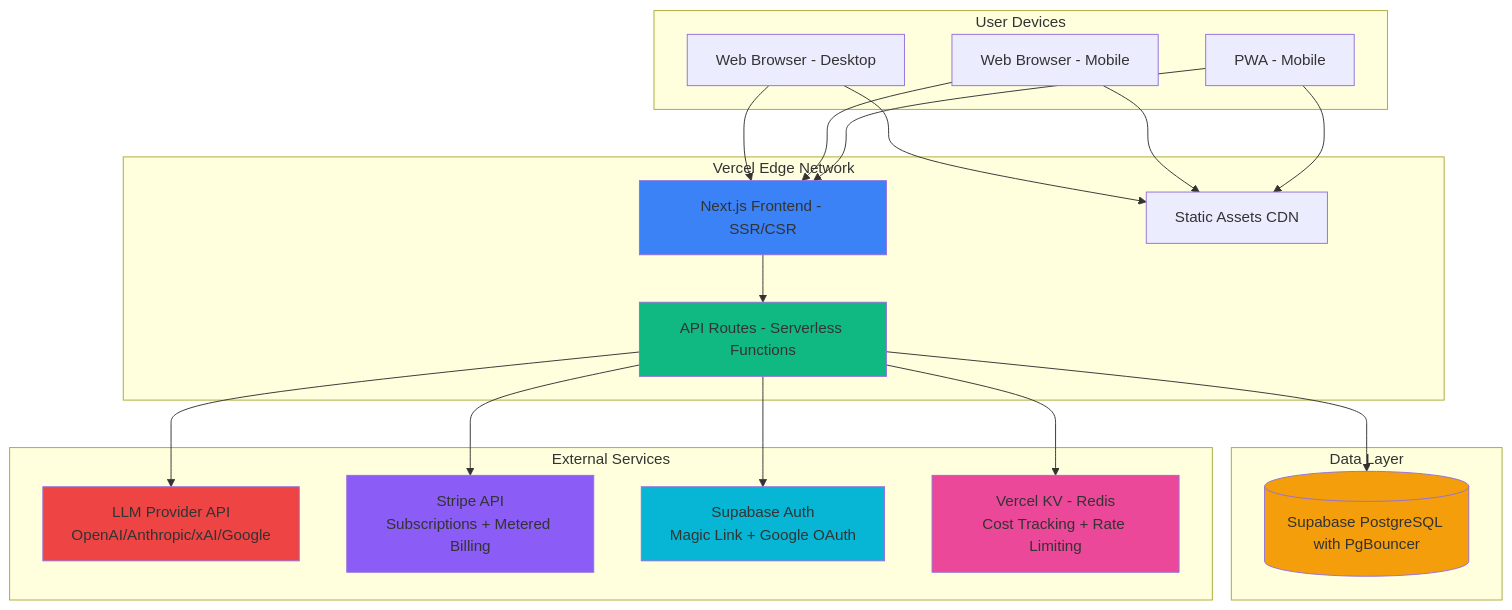
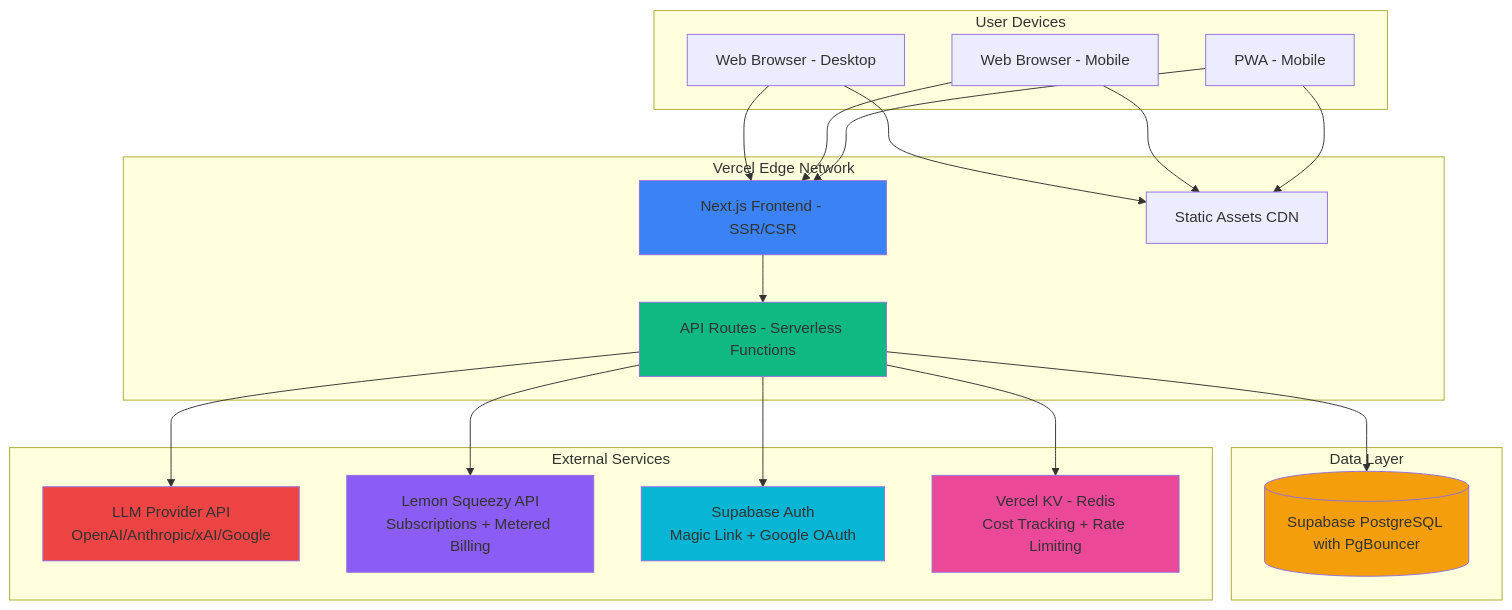
One commit to borisigal/towerofbabel changed the diagram in docs/architecture/2-high-level-architecture.md. Above: the diagram before and after it, drawn with Mermaid. The commit also changed other lines of this file and 24 other files, not shown here.

````diff
--- a/docs/architecture/2-high-level-architecture.md
+++ b/docs/architecture/2-high-level-architecture.md
@@ -100,47 +100,47 @@
 ```mermaid
 graph TB
     subgraph "User Devices"
         A[Web Browser - Desktop]
         B[Web Browser - Mobile]
         C[PWA - Mobile]
     end
 
     subgraph "Vercel Edge Network"
         D[Next.js Frontend - SSR/CSR]
         E[API Routes - Serverless Functions]
         F[Static Assets CDN]
     end
 
     subgraph "Data Layer"
         G[(Supabase PostgreSQL with PgBouncer)]
     end
 
     subgraph "External Services"
         H[LLM Provider API<br/>OpenAI/Anthropic/xAI/Google]
-        I[Stripe API<br/>Subscriptions + Metered Billing]
+        I[Lemon Squeezy API<br/>Subscriptions + Metered Billing]
         J[Supabase Auth<br/>Magic Link + Google OAuth]
         K[Vercel KV - Redis<br/>Cost Tracking + Rate Limiting]
     end
 
     A --> F
     B --> F
     C --> F
     A --> D
     B --> D
     C --> D
 
     D --> E
     E --> G
     E --> H
     E --> I
     E --> J
     E --> K
 
     style D fill:#3B82F6
     style E fill:#10B981
     style G fill:#F59E0B
     style H fill:#EF4444
     style I fill:#8B5CF6
     style J fill:#06B6D4
     style K fill:#EC4899
 ```
````
